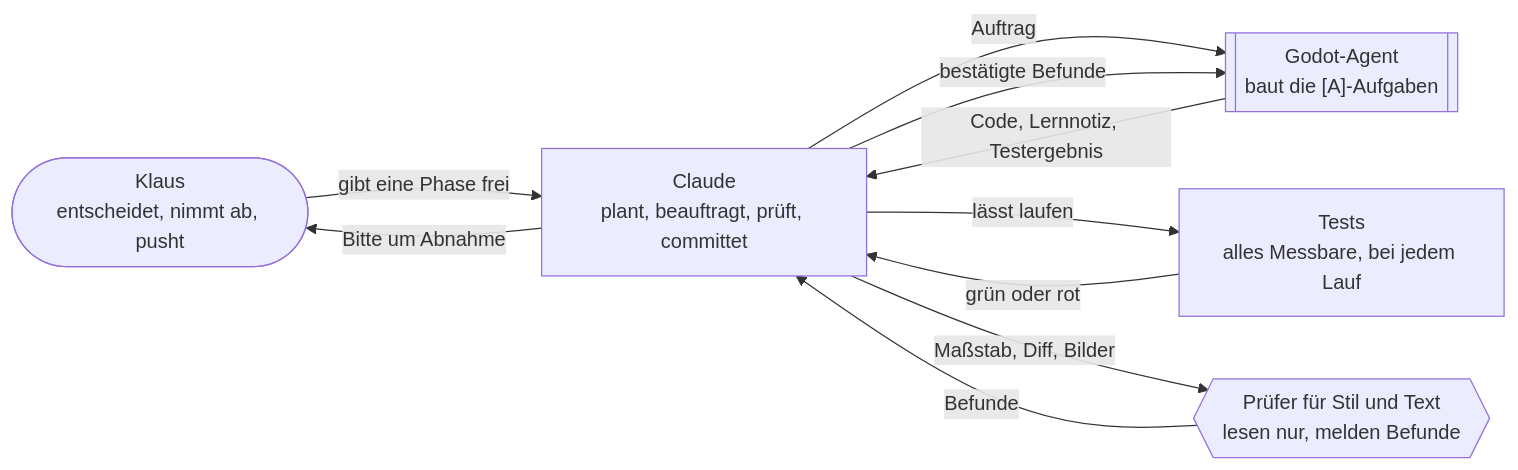
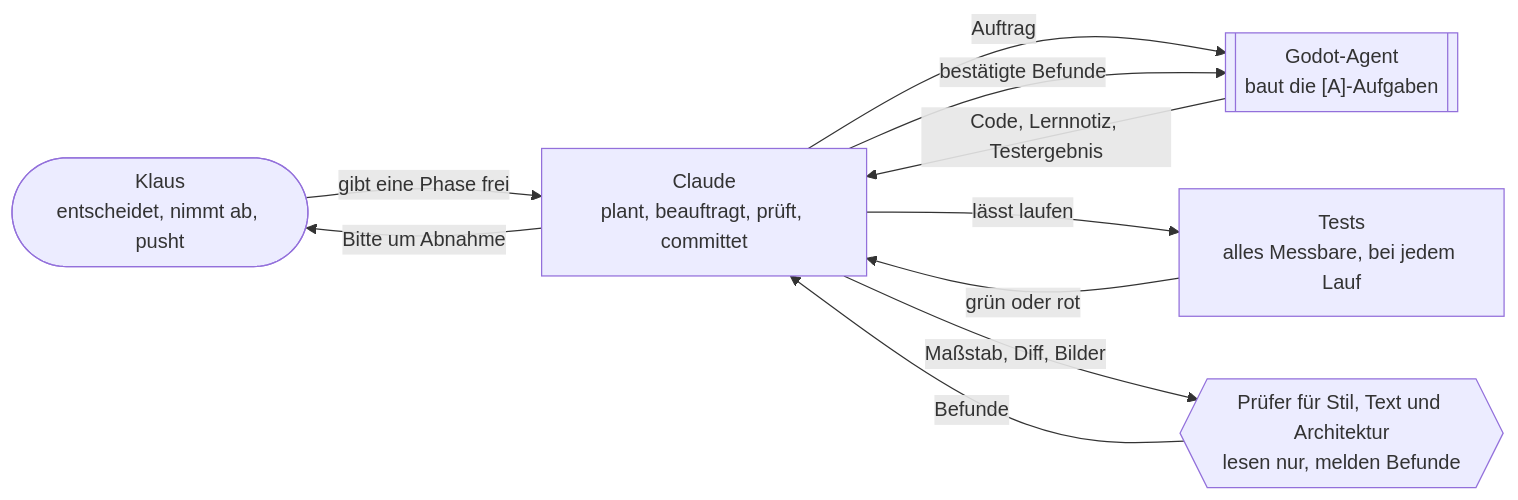
The diagram in docs/ki_workflow/README.md (klausmoster/DerComputerladen), drawn with Mermaid before and after one commit. The commit also changed other lines of this file and 21 other files, not shown here.

````diff
--- a/docs/ki_workflow/README.md
+++ b/docs/ki_workflow/README.md
@@ -10,17 +10,17 @@
 ```mermaid
 flowchart LR
     K(["Klaus<br/>entscheidet, nimmt ab, pusht"])
     C["Claude<br/>plant, beauftragt, prüft, committet"]
     A[["Godot-Agent<br/>baut die [A]-Aufgaben"]]
     T["Tests<br/>alles Messbare, bei jedem Lauf"]
-    P{{"Prüfer für Stil und Text<br/>lesen nur, melden Befunde"}}
+    P{{"Prüfer für Stil, Text und Architektur<br/>lesen nur, melden Befunde"}}
     K -->|"gibt eine Phase frei"| C
     C -->|"Auftrag"| A
     A -->|"Code, Lernnotiz, Testergebnis"| C
     C -->|"lässt laufen"| T
     T -->|"grün oder rot"| C
     C -->|"Maßstab, Diff, Bilder"| P
     P -->|"Befunde"| C
     C -->|"bestätigte Befunde"| A
     C -->|"Bitte um Abnahme"| K
 ```
````
